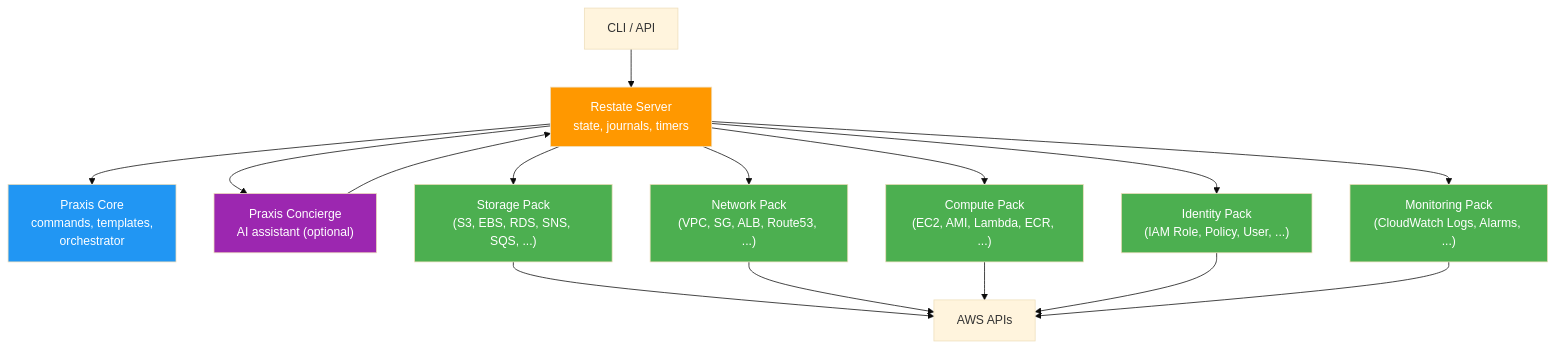
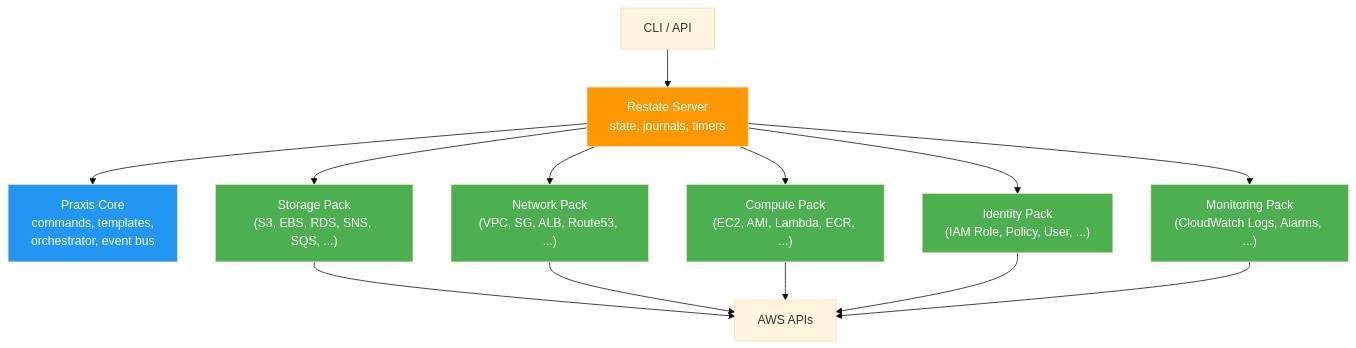
Before and after one commit to shirvan/praxis: the first of 3 diagrams in docs/OPERATORS.md, drawn with Mermaid (base theme). The commit also changed other lines of this file and 7 other files, not shown here.

First line of the commit message:
docs: sweep all documentation for the new architecture

````diff
--- a/docs/OPERATORS.md
+++ b/docs/OPERATORS.md
@@ -9,29 +9,25 @@
 ```mermaid
 graph TD
     CLI["CLI / API"] --> RS["Restate Server<br/>state, journals, timers"]
 
-    RS --> Core["Praxis Core<br/>commands, templates,<br/>orchestrator"]
-    RS --> Concierge["Praxis Concierge<br/>AI assistant (optional)"]
+    RS --> Core["Praxis Core<br/>commands, templates,<br/>orchestrator, event bus"]
     RS --> SP["Storage Pack<br/>(S3, EBS, RDS, SNS, SQS, ...)"]
     RS --> NP["Network Pack<br/>(VPC, SG, ALB, Route53, ...)"]
     RS --> CP["Compute Pack<br/>(EC2, AMI, Lambda, ECR, ...)"]
     RS --> IP["Identity Pack<br/>(IAM Role, Policy, User, ...)"]
     RS --> MP["Monitoring Pack<br/>(CloudWatch Logs, Alarms, ...)"]
-
-    Concierge --> RS
 
     SP --> AWS["AWS APIs"]
     NP --> AWS
     CP --> AWS
     IP --> AWS
     MP --> AWS
 
     style RS fill:#FF9800,color:#fff
     style Core fill:#2196F3,color:#fff
-    style Concierge fill:#9C27B0,color:#fff
     style SP fill:#4CAF50,color:#fff
     style NP fill:#4CAF50,color:#fff
     style CP fill:#4CAF50,color:#fff
     style IP fill:#4CAF50,color:#fff
     style MP fill:#4CAF50,color:#fff
 ```
````
